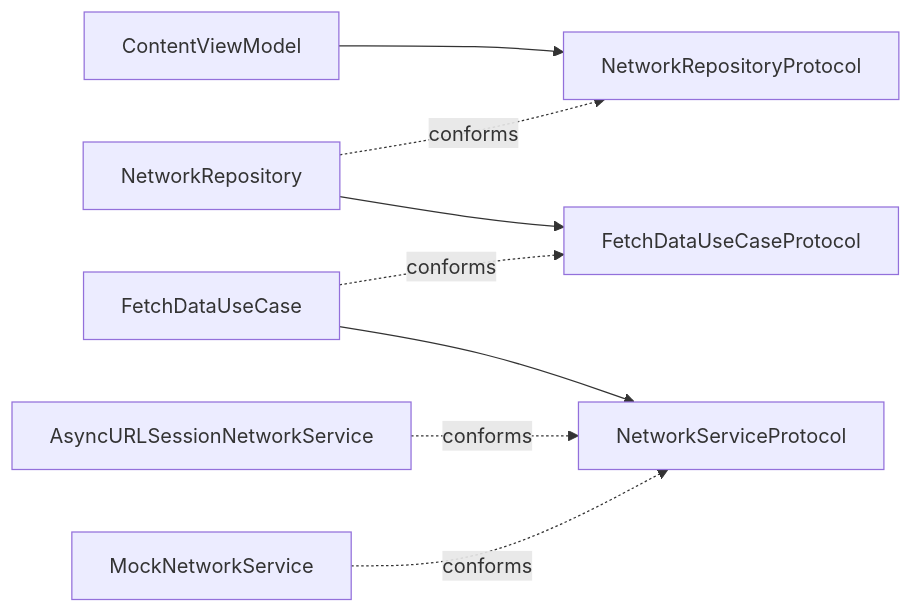
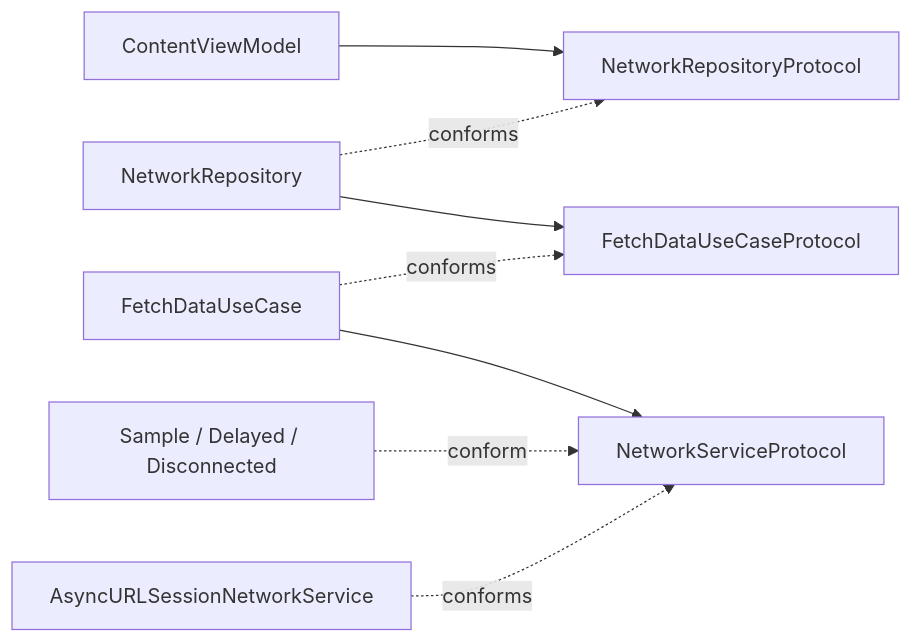
The diagram in ModularNetworkServiceExample/README.md (aguamonkey/SOLID-Principles-with-Swift), drawn with Mermaid before and after one commit. The commit also changed other lines of this file and 21 other files, not shown here.

````diff
--- a/ModularNetworkServiceExample/README.md
+++ b/ModularNetworkServiceExample/README.md
@@ -41,10 +52,10 @@
 ```mermaid
 flowchart LR
-    V[ContentViewModel] --> R[NetworkRepositoryProtocol]
-    RI[NetworkRepository] -. conforms .-> R
-    RI --> U[FetchDataUseCaseProtocol]
-    UI[FetchDataUseCase] -. conforms .-> U
-    UI --> N[NetworkServiceProtocol]
-    Real[AsyncURLSessionNetworkService] -. conforms .-> N
-    Mock[MockNetworkService] -. conforms .-> N
+    VM[ContentViewModel] --> RP[NetworkRepositoryProtocol]
+    R[NetworkRepository] -. conforms .-> RP
+    R --> UP[FetchDataUseCaseProtocol]
+    U[FetchDataUseCase] -. conforms .-> UP
+    U --> NP[NetworkServiceProtocol]
+    S[Sample / Delayed / Disconnected] -. conform .-> NP
+    HTTP[AsyncURLSessionNetworkService] -. conforms .-> NP
 ```
````
